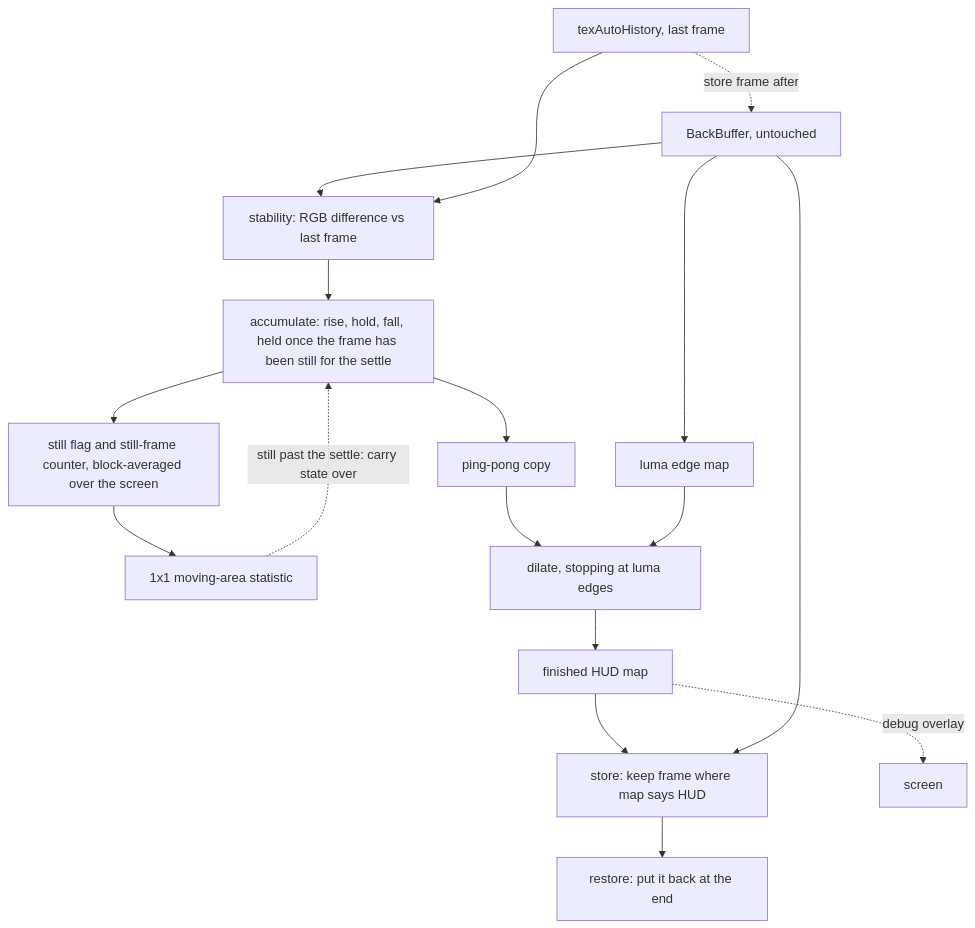
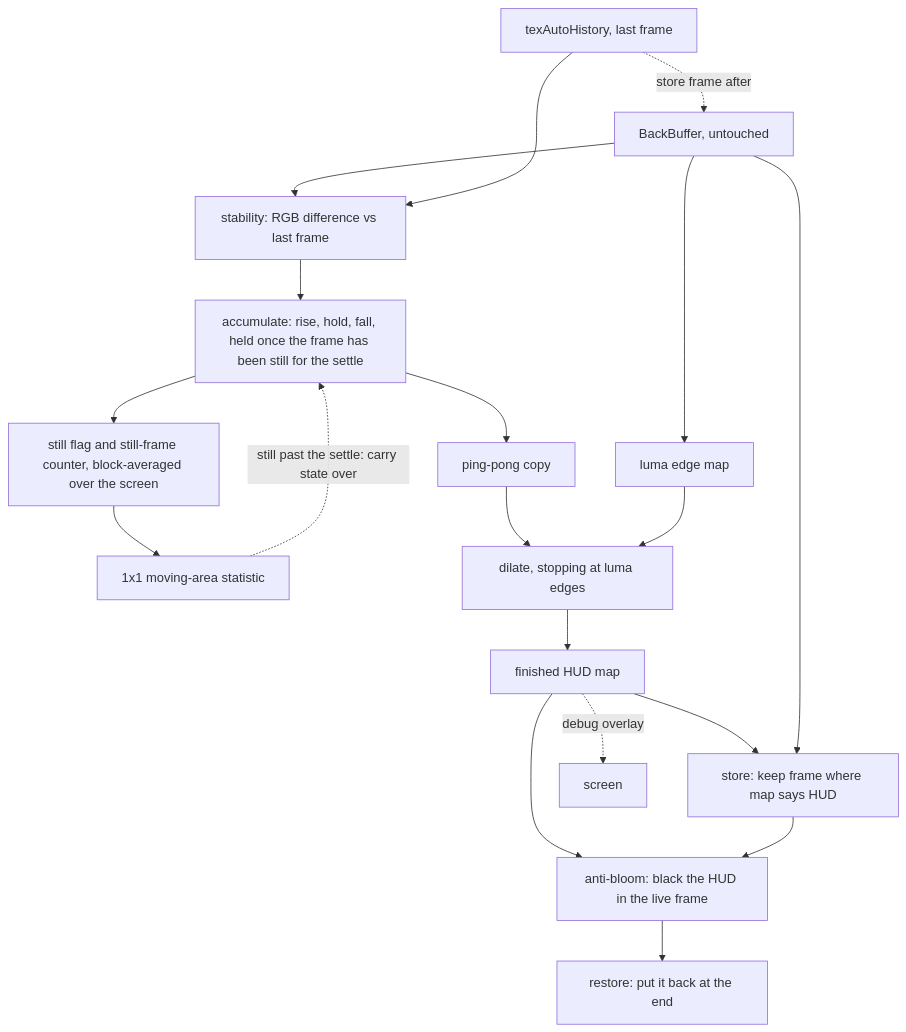
Before and after one commit to facboy/auto-mask-shader: the diagram in .junie/plans/auto-mask-shader.md, drawn with Mermaid. The commit also changed other lines of this file and 1 other file, not shown here.

Commit message:
add anti-bloom suppression to the design plan

````diff
--- a/.junie/plans/auto-mask-shader.md
+++ b/.junie/plans/auto-mask-shader.md
@@ -87,19 +90,21 @@
 ```mermaid
 graph TD
   BB[BackBuffer, untouched] --> STB[stability: RGB difference vs last frame]
   HIST[texAutoHistory, last frame] --> STB
   STB --> ACC[accumulate: rise, hold, fall, held once the frame has been still for the settle]
   ACC --> FLG[still flag and still-frame counter, block-averaged over the screen]
   FLG --> MSTAT[1x1 moving-area statistic]
   MSTAT -.->|still past the settle: carry state over| ACC
   ACC --> PP[ping-pong copy]
   PP --> DIL[dilate, stopping at luma edges]
   BB --> EDG[luma edge map]
   EDG --> DIL
   DIL --> MAP[finished HUD map]
   MAP --> STORE[store: keep frame where map says HUD]
   BB --> STORE
-  STORE --> REST[restore: put it back at the end]
+  MAP --> AB[anti-bloom: black the HUD in the live frame]
+  STORE --> AB
+  AB --> REST[restore: put it back at the end]
   HIST -.->|store frame after| BB
   MAP -.->|debug overlay| OUT[screen]
 ```
````
